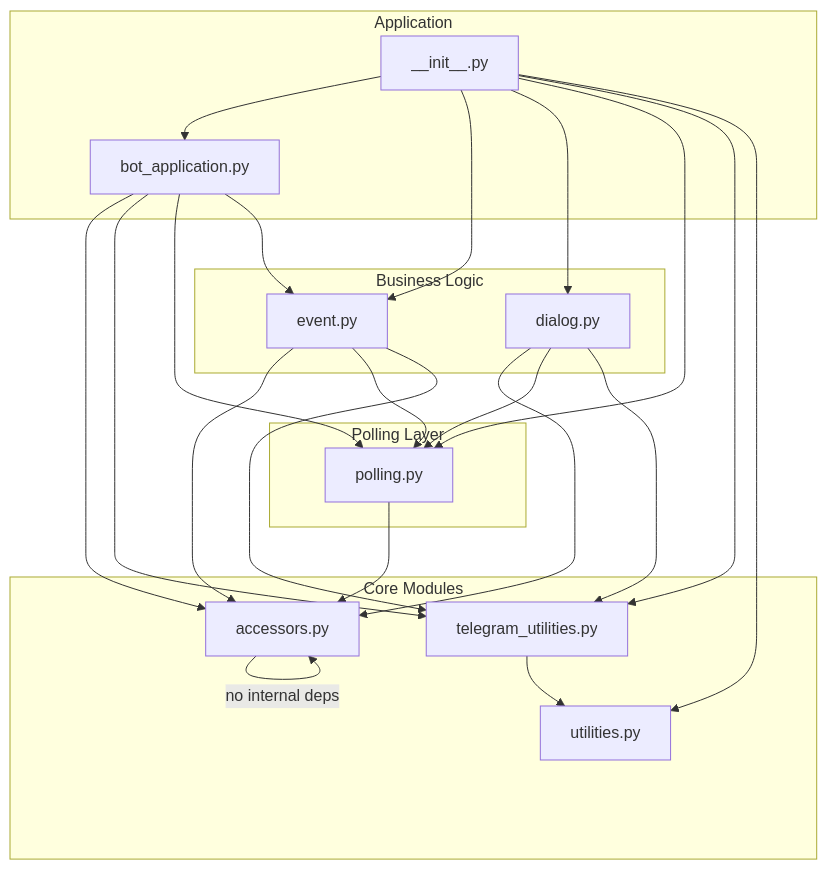
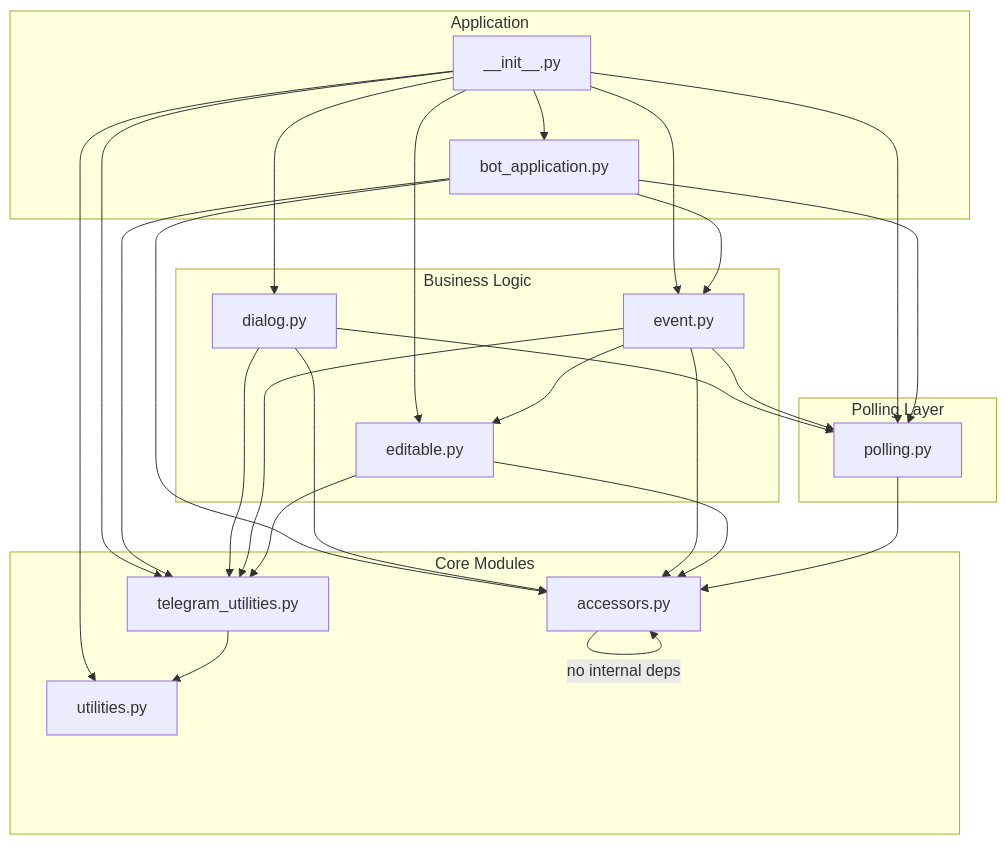
One commit to ItamarShmelo/my_bot_framework changed the first of 2 diagrams in IMPLEMENTATION.md. Above: the diagram before and after it, drawn with Mermaid. The commit also changed other lines of this file and 10 other files, not shown here.

````diff
--- a/IMPLEMENTATION.md
+++ b/IMPLEMENTATION.md
@@ -63,51 +63,57 @@
 ```mermaid
 graph TD
     subgraph core [Core Modules]
         ACC[accessors.py]
         TU[telegram_utilities.py]
         UTIL[utilities.py]
     end
 
     subgraph polling_layer [Polling Layer]
         POLL[polling.py]
     end
 
     subgraph business [Business Logic]
+        EDITABLE[editable.py]
         EVENT[event.py]
         DIALOG[dialog.py]
     end
 
     subgraph app [Application]
         BOT[bot_application.py]
         INIT[__init__.py]
     end
 
     %% Core has no internal dependencies
     ACC --> |no internal deps| ACC
     TU --> UTIL
 
     %% Polling depends only on accessors
     POLL --> ACC
 
     %% Business logic depends on core and polling
+    EDITABLE --> ACC
+    EDITABLE --> TU
+    
     EVENT --> ACC
     EVENT --> POLL
     EVENT --> TU
+    EVENT --> EDITABLE
 
     DIALOG --> ACC
     DIALOG --> POLL
     DIALOG --> TU
 
     %% Application depends on everything
     BOT --> ACC
     BOT --> TU
     BOT --> POLL
     BOT --> EVENT
 
     INIT --> BOT
     INIT --> EVENT
+    INIT --> EDITABLE
     INIT --> DIALOG
     INIT --> POLL
     INIT --> TU
     INIT --> UTIL
 ```
````
